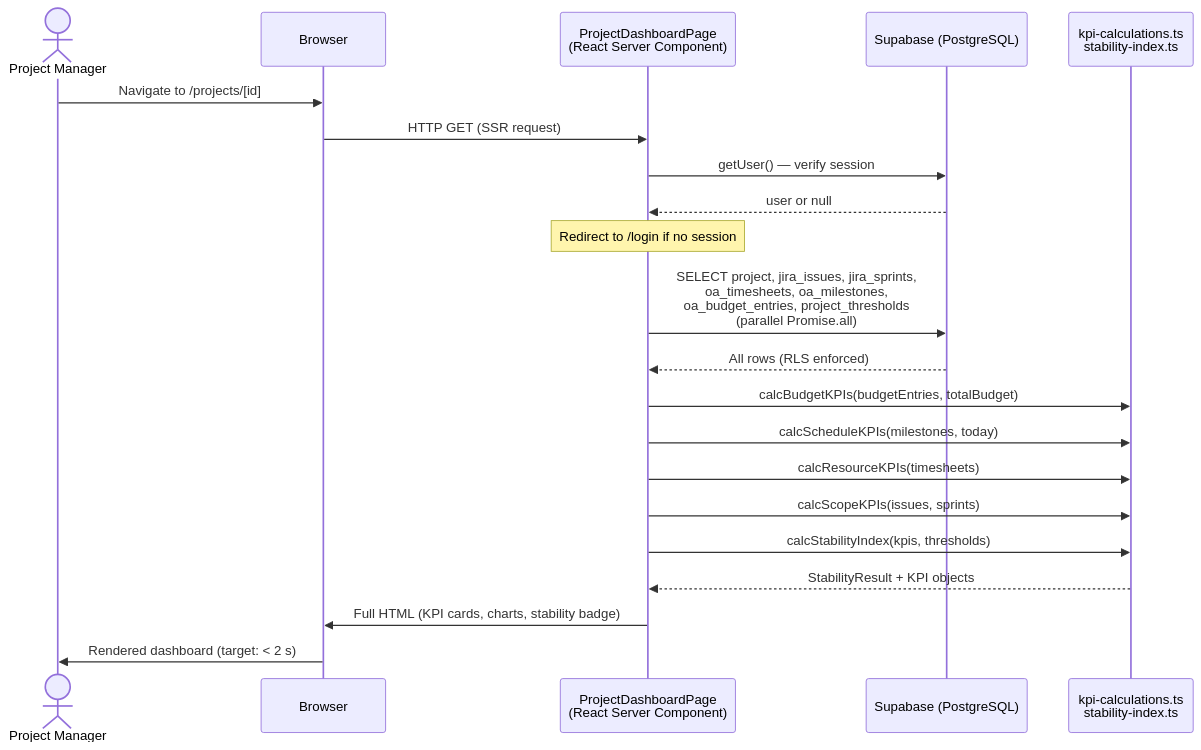
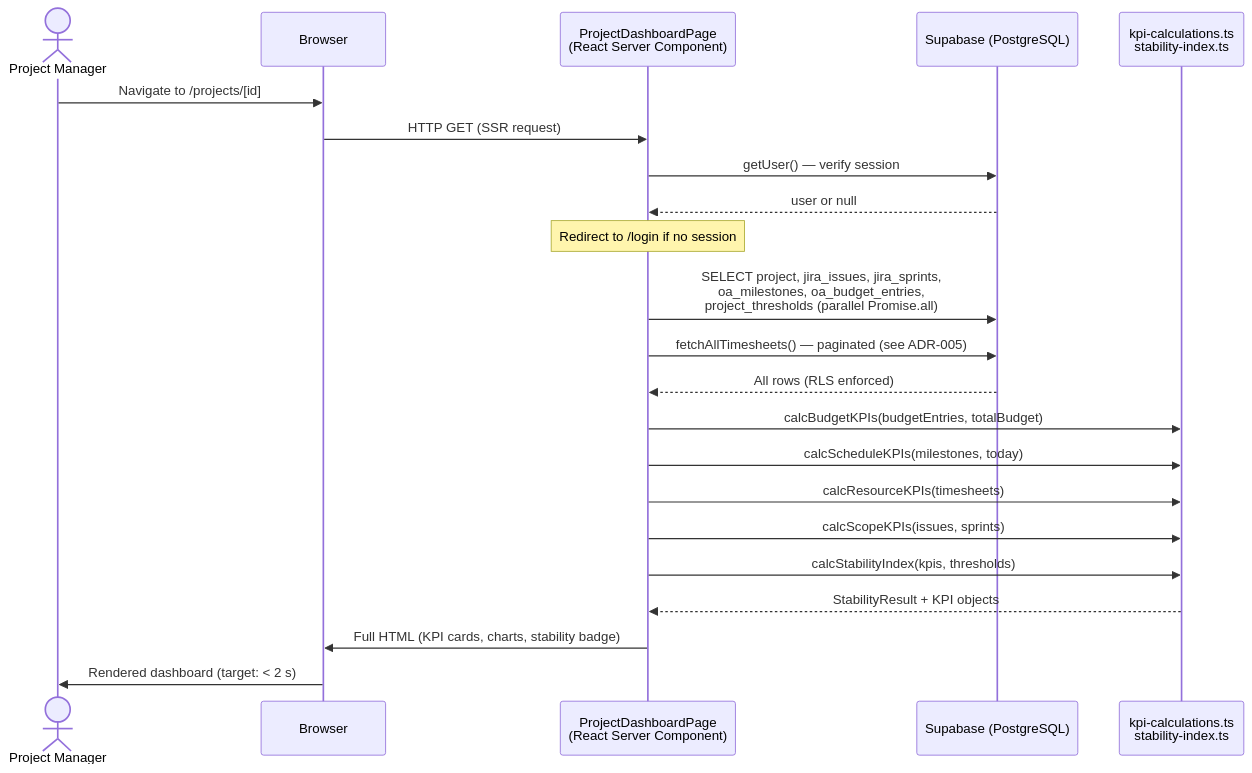
One commit to matthias1309/project_buddy changed the second of 4 diagrams in docs/arc42/06_runtime.md. Above: the diagram before and after it, drawn with Mermaid. The commit also changed other lines of this file and 1 other file, not shown here.

````diff
--- a/docs/arc42/06_runtime.md
+++ b/docs/arc42/06_runtime.md
@@ -45,24 +45,25 @@
 ```mermaid
 sequenceDiagram
     actor PM as Project Manager
     participant Browser
     participant RSC as ProjectDashboardPage<br/>(React Server Component)
     participant DB as Supabase (PostgreSQL)
     participant Calc as kpi-calculations.ts<br/>stability-index.ts
 
     PM->>Browser: Navigate to /projects/[id]
     Browser->>RSC: HTTP GET (SSR request)
     RSC->>DB: getUser() — verify session
     DB-->>RSC: user or null
     Note over RSC: Redirect to /login if no session
-    RSC->>DB: SELECT project, jira_issues, jira_sprints,<br/>oa_timesheets, oa_milestones,<br/>oa_budget_entries, project_thresholds<br/>(parallel Promise.all)
+    RSC->>DB: SELECT project, jira_issues, jira_sprints,<br/>oa_milestones, oa_budget_entries,<br/>project_thresholds (parallel Promise.all)
+    RSC->>DB: fetchAllTimesheets() — paginated (see ADR-005)
     DB-->>RSC: All rows (RLS enforced)
     RSC->>Calc: calcBudgetKPIs(budgetEntries, totalBudget)
     RSC->>Calc: calcScheduleKPIs(milestones, today)
     RSC->>Calc: calcResourceKPIs(timesheets)
     RSC->>Calc: calcScopeKPIs(issues, sprints)
     RSC->>Calc: calcStabilityIndex(kpis, thresholds)
     Calc-->>RSC: StabilityResult + KPI objects
     RSC->>Browser: Full HTML (KPI cards, charts, stability badge)
     Browser->>PM: Rendered dashboard (target: < 2 s)
 ```
````
